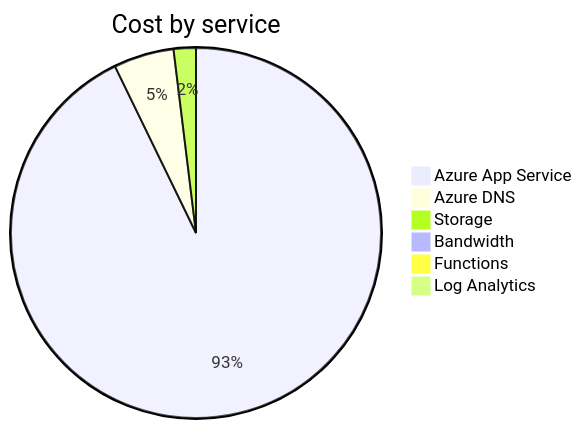
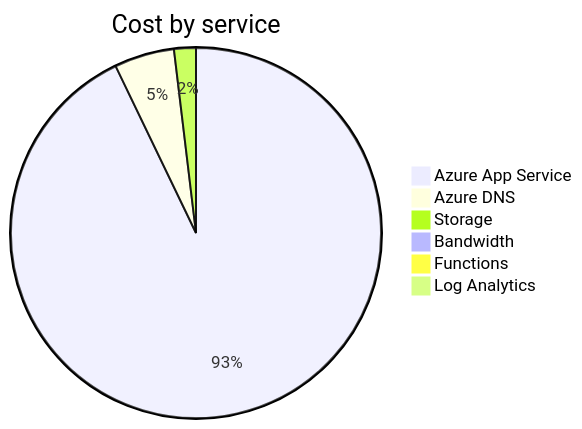
One commit to jpfulton/azure-personal-reports changed the second of 4 diagrams in cost-reports/accumulated-cost.md. Above: the diagram before and after it, drawn with Mermaid. The commit also changed other lines of this file and 4 other files, not shown here.

````diff
--- a/cost-reports/accumulated-cost.md
+++ b/cost-reports/accumulated-cost.md
@@ -98,10 +98,10 @@
 ```mermaid
 pie
    title Cost by service
-   "Azure App Service" : 3.35
-   "Azure DNS" : 0.19
-   "Storage" : 0.07
+   "Azure App Service" : 3.90
+   "Azure DNS" : 0.22
+   "Storage" : 0.08
    "Bandwidth" : 0.00
    "Functions" : 0.00
    "Log Analytics" : 0.00
 ```
````
